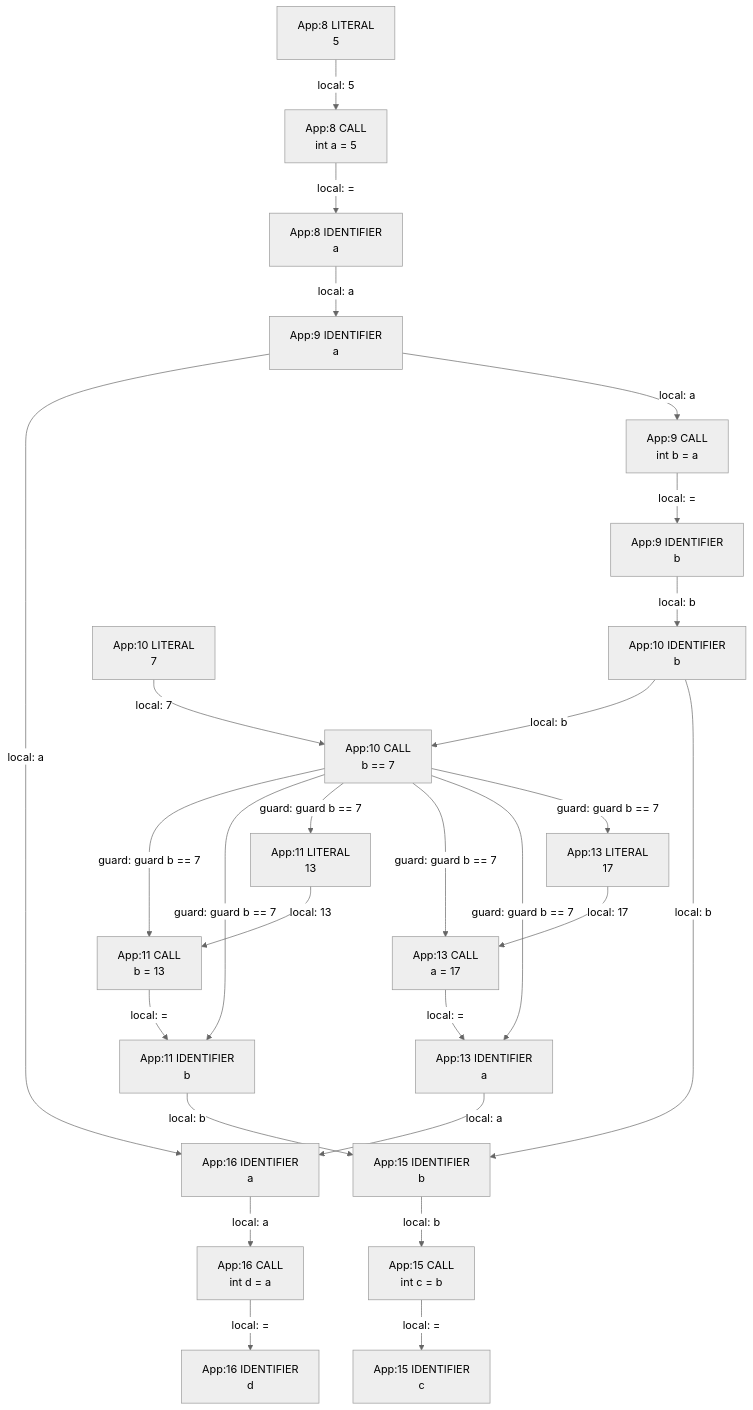
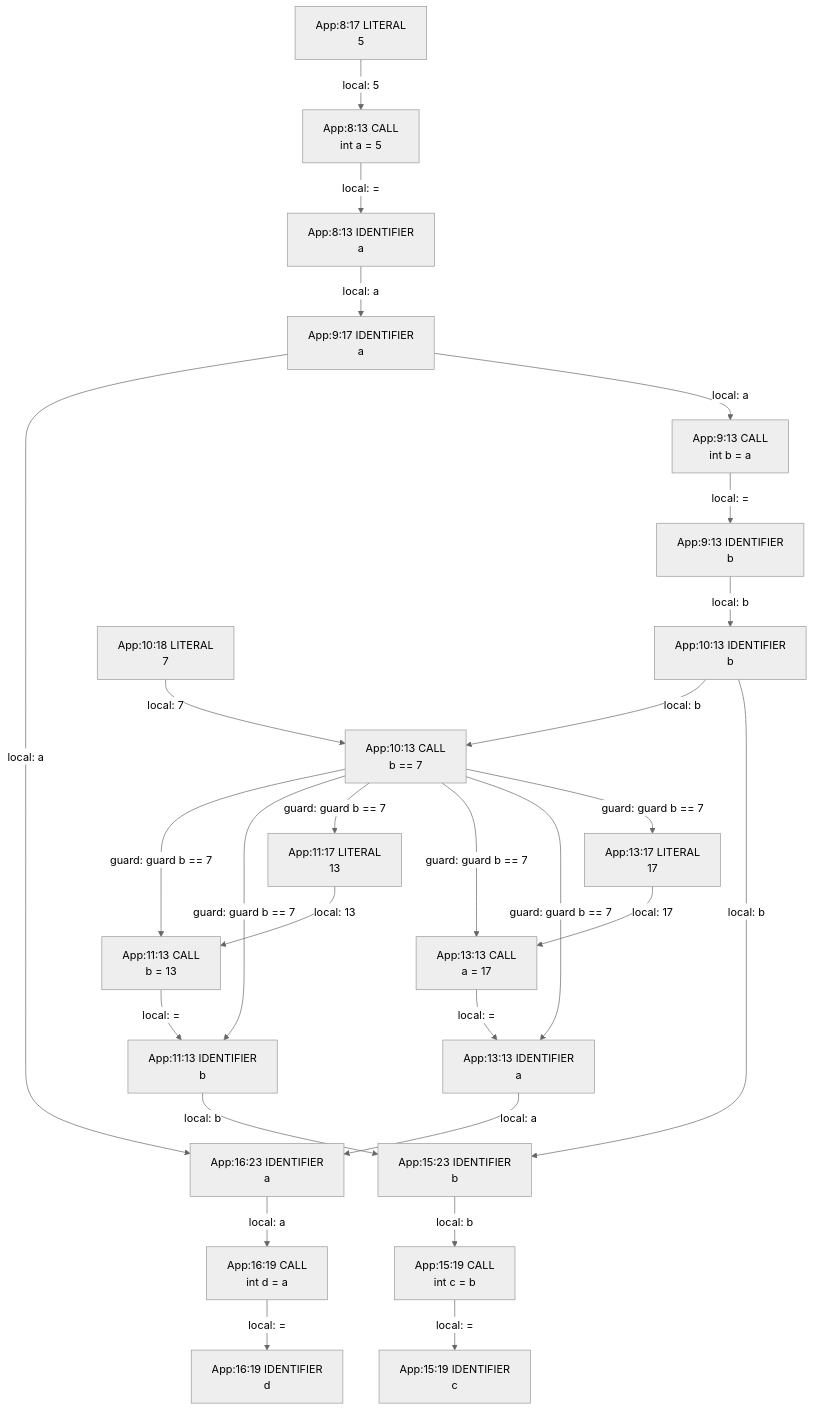
Before and after one commit to gstiebler/codeflow: the diagram in app/src/test/resources/if1/spike-truth.md, drawn with Mermaid (neutral theme). The commit also changed 154 other files, not shown here.

````diff
--- a/app/src/test/resources/if1/spike-truth.md
+++ b/app/src/test/resources/if1/spike-truth.md
@@ -3,50 +3,50 @@
 ```mermaid
 flowchart TD
-  n0["App:10 CALL<br/>b == 7"]
-  n1["App:10 IDENTIFIER<br/>b"]
-  n2["App:10 LITERAL<br/>7"]
-  n3["App:11 CALL<br/>b = 13"]
-  n4["App:11 IDENTIFIER<br/>b"]
-  n5["App:11 LITERAL<br/>13"]
-  n6["App:13 CALL<br/>a = 17"]
-  n7["App:13 IDENTIFIER<br/>a"]
-  n8["App:13 LITERAL<br/>17"]
-  n9["App:15 CALL<br/>int c = b"]
-  n10["App:15 IDENTIFIER<br/>b"]
-  n11["App:15 IDENTIFIER<br/>c"]
-  n12["App:16 CALL<br/>int d = a"]
-  n13["App:16 IDENTIFIER<br/>a"]
-  n14["App:16 IDENTIFIER<br/>d"]
-  n15["App:8 CALL<br/>int a = 5"]
-  n16["App:8 IDENTIFIER<br/>a"]
-  n17["App:8 LITERAL<br/>5"]
-  n18["App:9 CALL<br/>int b = a"]
-  n19["App:9 IDENTIFIER<br/>a"]
-  n20["App:9 IDENTIFIER<br/>b"]
+  n0["App:10:13 CALL<br/>b == 7"]
+  n1["App:10:13 IDENTIFIER<br/>b"]
+  n2["App:10:18 LITERAL<br/>7"]
+  n3["App:11:13 CALL<br/>b = 13"]
+  n4["App:11:13 IDENTIFIER<br/>b"]
+  n5["App:11:17 LITERAL<br/>13"]
+  n6["App:13:13 CALL<br/>a = 17"]
+  n7["App:13:13 IDENTIFIER<br/>a"]
+  n8["App:13:17 LITERAL<br/>17"]
+  n9["App:15:19 CALL<br/>int c = b"]
+  n10["App:15:19 IDENTIFIER<br/>c"]
+  n11["App:15:23 IDENTIFIER<br/>b"]
+  n12["App:16:19 CALL<br/>int d = a"]
+  n13["App:16:19 IDENTIFIER<br/>d"]
+  n14["App:16:23 IDENTIFIER<br/>a"]
+  n15["App:8:13 CALL<br/>int a = 5"]
+  n16["App:8:13 IDENTIFIER<br/>a"]
+  n17["App:8:17 LITERAL<br/>5"]
+  n18["App:9:13 CALL<br/>int b = a"]
+  n19["App:9:13 IDENTIFIER<br/>b"]
+  n20["App:9:17 IDENTIFIER<br/>a"]
   n0 -->|"guard: guard b == 7"| n3
   n0 -->|"guard: guard b == 7"| n4
   n0 -->|"guard: guard b == 7"| n5
   n0 -->|"guard: guard b == 7"| n6
   n0 -->|"guard: guard b == 7"| n7
   n0 -->|"guard: guard b == 7"| n8
   n1 -->|"local: b"| n0
-  n1 -->|"local: b"| n10
-  n10 -->|"local: b"| n9
-  n12 -->|"local: ="| n14
-  n13 -->|"local: a"| n12
+  n1 -->|"local: b"| n11
+  n11 -->|"local: b"| n9
+  n12 -->|"local: ="| n13
+  n14 -->|"local: a"| n12
   n15 -->|"local: ="| n16
-  n16 -->|"local: a"| n19
+  n16 -->|"local: a"| n20
   n17 -->|"local: 5"| n15
-  n18 -->|"local: ="| n20
-  n19 -->|"local: a"| n13
-  n19 -->|"local: a"| n18
+  n18 -->|"local: ="| n19
+  n19 -->|"local: b"| n1
   n2 -->|"local: 7"| n0
-  n20 -->|"local: b"| n1
+  n20 -->|"local: a"| n14
+  n20 -->|"local: a"| n18
   n3 -->|"local: ="| n4
-  n4 -->|"local: b"| n10
+  n4 -->|"local: b"| n11
   n5 -->|"local: 13"| n3
   n6 -->|"local: ="| n7
-  n7 -->|"local: a"| n13
+  n7 -->|"local: a"| n14
   n8 -->|"local: 17"| n6
-  n9 -->|"local: ="| n11
+  n9 -->|"local: ="| n10
 ```
````
